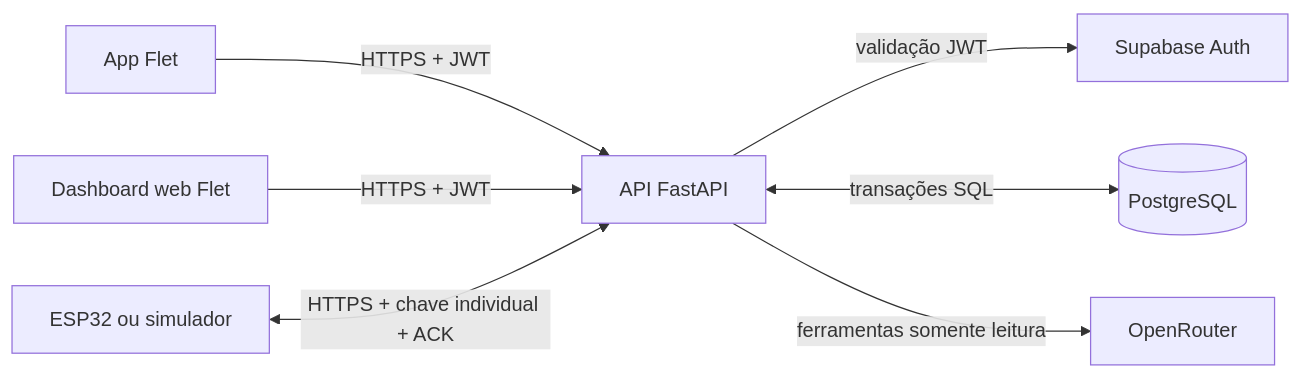
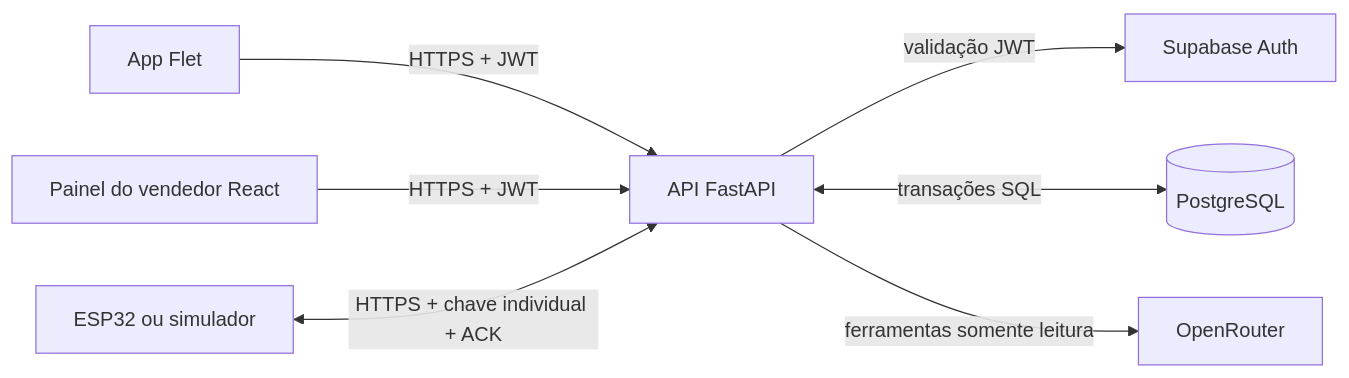
Before and after one commit to DJLIMA1/FIAP-ChargeGridApp-GS1-2026: the first of 2 diagrams in README.md, drawn with Mermaid. The commit also changed other lines of this file and 63 other files, not shown here.

Commit message:
Official vendor dashboard: native React web app (owner-web)

````diff
--- a/README.md
+++ b/README.md
@@ -81,9 +81,9 @@
 ```mermaid
 flowchart LR
     App[App Flet] -->|HTTPS + JWT| API[API FastAPI]
-    Dash[Dashboard web Flet] -->|HTTPS + JWT| API
+    Dash[Painel do vendedor React] -->|HTTPS + JWT| API
     ESP[ESP32 ou simulador] <-->|HTTPS + chave individual + ACK| API
     API -->|validação JWT| Auth[Supabase Auth]
     API <-->|transações SQL| DB[(PostgreSQL)]
     API -->|ferramentas somente leitura| LLM[OpenRouter]
 ```
````
